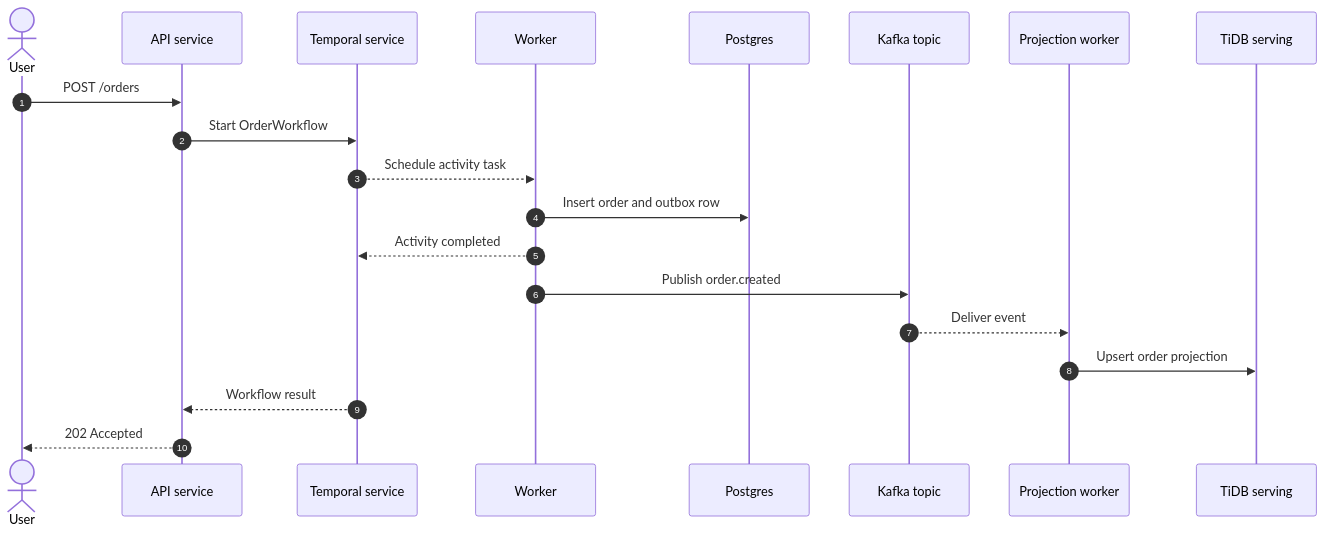
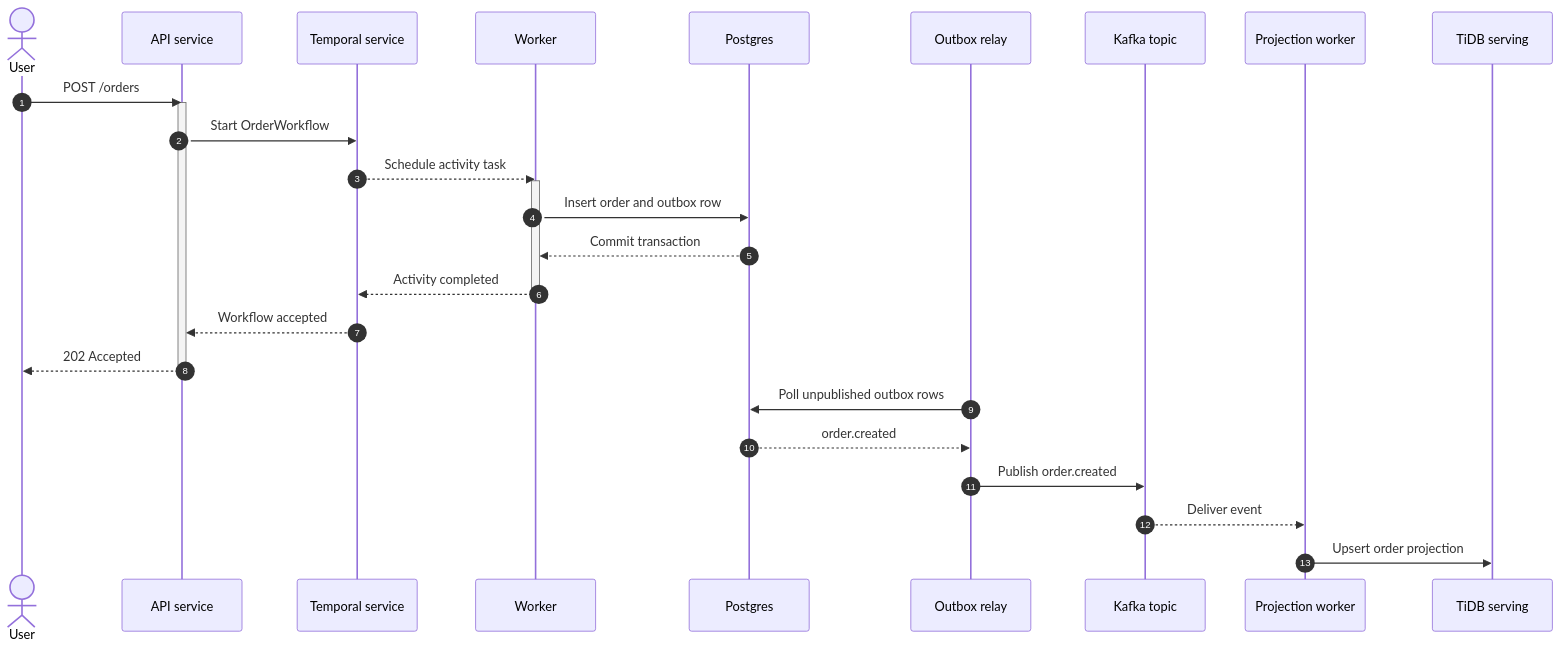
Before and after one commit to wcygan/dotfiles: the diagram in config/codex/skills/mermaid-diagrams/examples/sequence-temporal-kafka.mmd, drawn with Mermaid. The commit also changed 3 other files, not shown here.

Commit message:
docs: polish mermaid diagram examples

```diff
--- a/config/codex/skills/mermaid-diagrams/examples/sequence-temporal-kafka.mmd
+++ b/config/codex/skills/mermaid-diagrams/examples/sequence-temporal-kafka.mmd
@@ -1,21 +1,30 @@
 sequenceDiagram
     autonumber
     actor User
     participant API as API service
     participant Temporal as Temporal service
     participant Worker as Worker
     participant Postgres as Postgres
+    participant Relay as Outbox relay
     participant Kafka as Kafka topic
     participant Projector as Projection worker
     participant TiDB as TiDB serving
 
     User->>API: POST /orders
+    activate API
     API->>Temporal: Start OrderWorkflow
     Temporal-->>Worker: Schedule activity task
+    activate Worker
     Worker->>Postgres: Insert order and outbox row
+    Postgres-->>Worker: Commit transaction
     Worker-->>Temporal: Activity completed
-    Worker->>Kafka: Publish order.created
+    deactivate Worker
+    Temporal-->>API: Workflow accepted
+    API-->>User: 202 Accepted
+    deactivate API
+
+    Relay->>Postgres: Poll unpublished outbox rows
+    Postgres-->>Relay: order.created
+    Relay->>Kafka: Publish order.created
     Kafka-->>Projector: Deliver event
     Projector->>TiDB: Upsert order projection
-    Temporal-->>API: Workflow result
-    API-->>User: 202 Accepted
```
